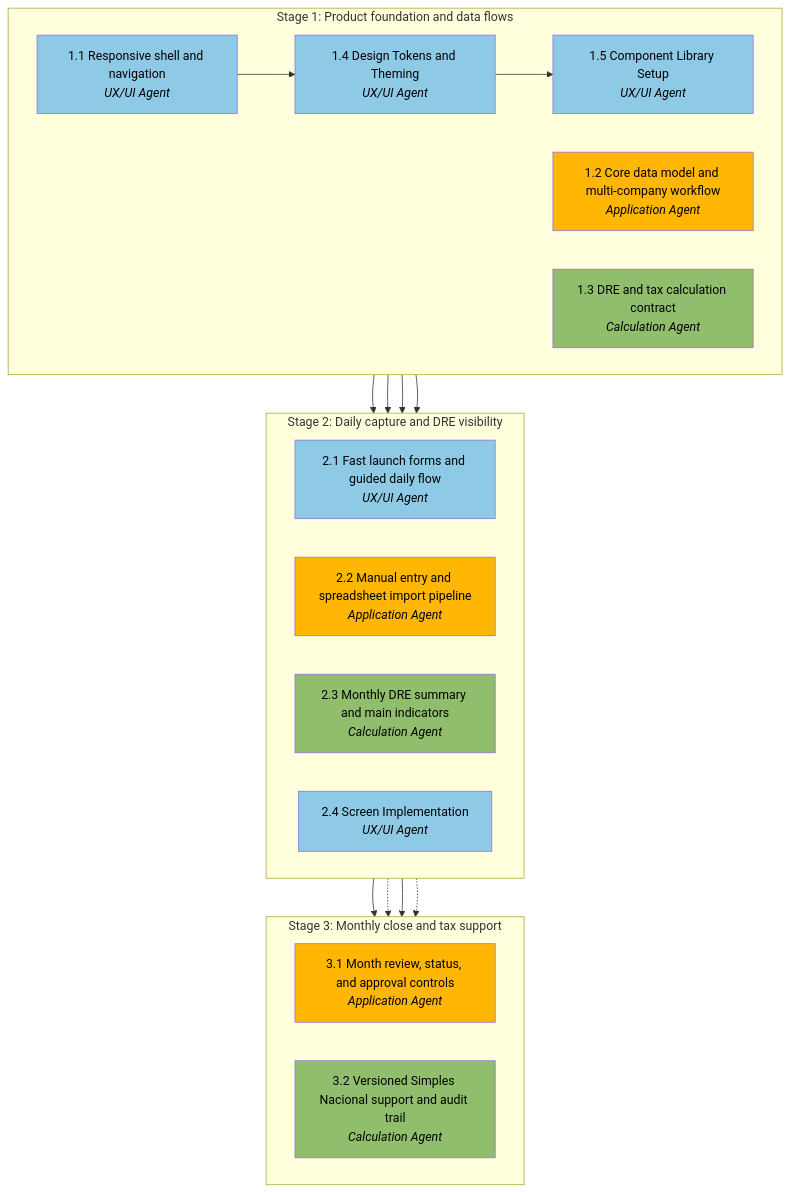
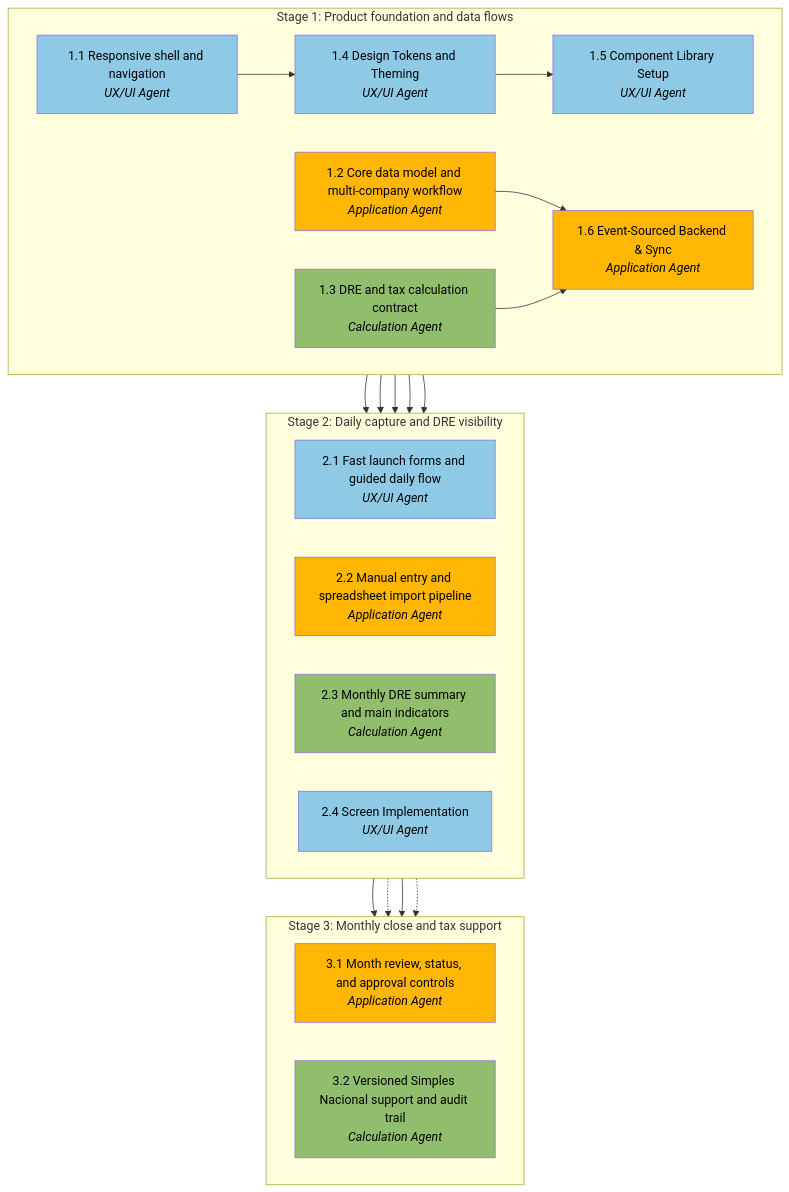
The diagram in .apm/plan.md (gersonvan/empresa-facil), drawn with Mermaid before and after one commit. The commit also changed other lines of this file and 29 other files, not shown here.

````diff
--- a/.apm/plan.md
+++ b/.apm/plan.md
@@ -68,49 +68,54 @@
 ```mermaid
 graph TB
 
 subgraph S1["Stage 1: Product foundation and data flows"]
     direction LR
     T1_1["1.1 Responsive shell and navigation<br/><i>UX/UI Agent</i>"]
     T1_2["1.2 Core data model and multi-company workflow<br/><i>Application Agent</i>"]
     T1_3["1.3 DRE and tax calculation contract<br/><i>Calculation Agent</i>"]
     T1_4["1.4 Design Tokens and Theming<br/><i>UX/UI Agent</i>"]
     T1_5["1.5 Component Library Setup<br/><i>UX/UI Agent</i>"]
+    T1_6["1.6 Event-Sourced Backend & Sync<br/><i>Application Agent</i>"]
 end
 
 subgraph S2["Stage 2: Daily capture and DRE visibility"]
     direction LR
     T2_1["2.1 Fast launch forms and guided daily flow<br/><i>UX/UI Agent</i>"]
     T2_2["2.2 Manual entry and spreadsheet import pipeline<br/><i>Application Agent</i>"]
     T2_3["2.3 Monthly DRE summary and main indicators<br/><i>Calculation Agent</i>"]
     T2_4["2.4 Screen Implementation<br/><i>UX/UI Agent</i>"]
 end
 
 subgraph S3["Stage 3: Monthly close and tax support"]
     direction LR
     T3_1["3.1 Month review, status, and approval controls<br/><i>Application Agent</i>"]
     T3_2["3.2 Versioned Simples Nacional support and audit trail<br/><i>Calculation Agent</i>"]
 end
 
 T1_1 --> T1_4
 T1_4 --> T1_5
 T1_5 --> T2_4
 T1_1 --> T2_1
+T1_2 --> T1_6
+T1_3 --> T1_6
 T1_2 --> T2_2
 T1_3 --> T2_3
+T1_6 --> T2_2
 T2_1 --> T3_1
 T2_2 -.-> T3_1
 T2_2 --> T3_2
 T2_3 -.-> T3_2
 
 style T1_1 fill:#8ecae6,color:#000
 style T1_2 fill:#ffb703,color:#000
 style T1_3 fill:#90be6d,color:#000
 style T1_4 fill:#8ecae6,color:#000
 style T1_5 fill:#8ecae6,color:#000
+style T1_6 fill:#ffb703,color:#000
 style T2_1 fill:#8ecae6,color:#000
 style T2_2 fill:#ffb703,color:#000
 style T2_3 fill:#90be6d,color:#000
 style T2_4 fill:#8ecae6,color:#000
 style T3_1 fill:#ffb703,color:#000
 style T3_2 fill:#90be6d,color:#000
 ```
````
